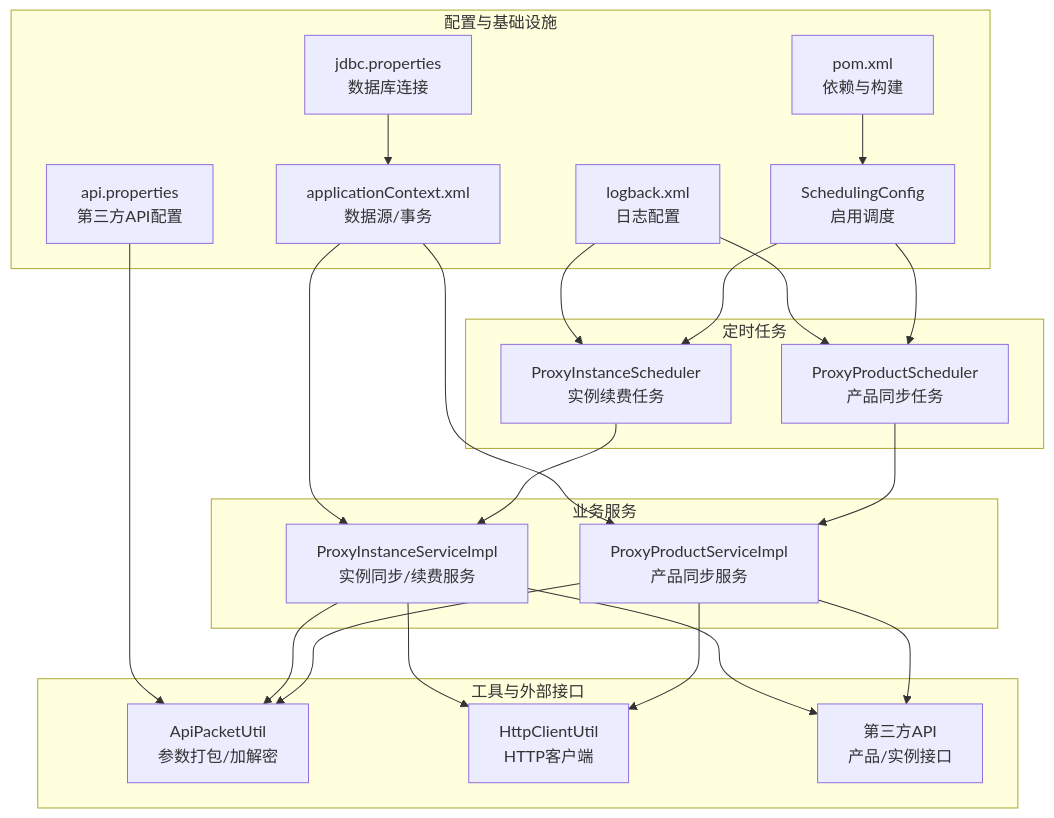
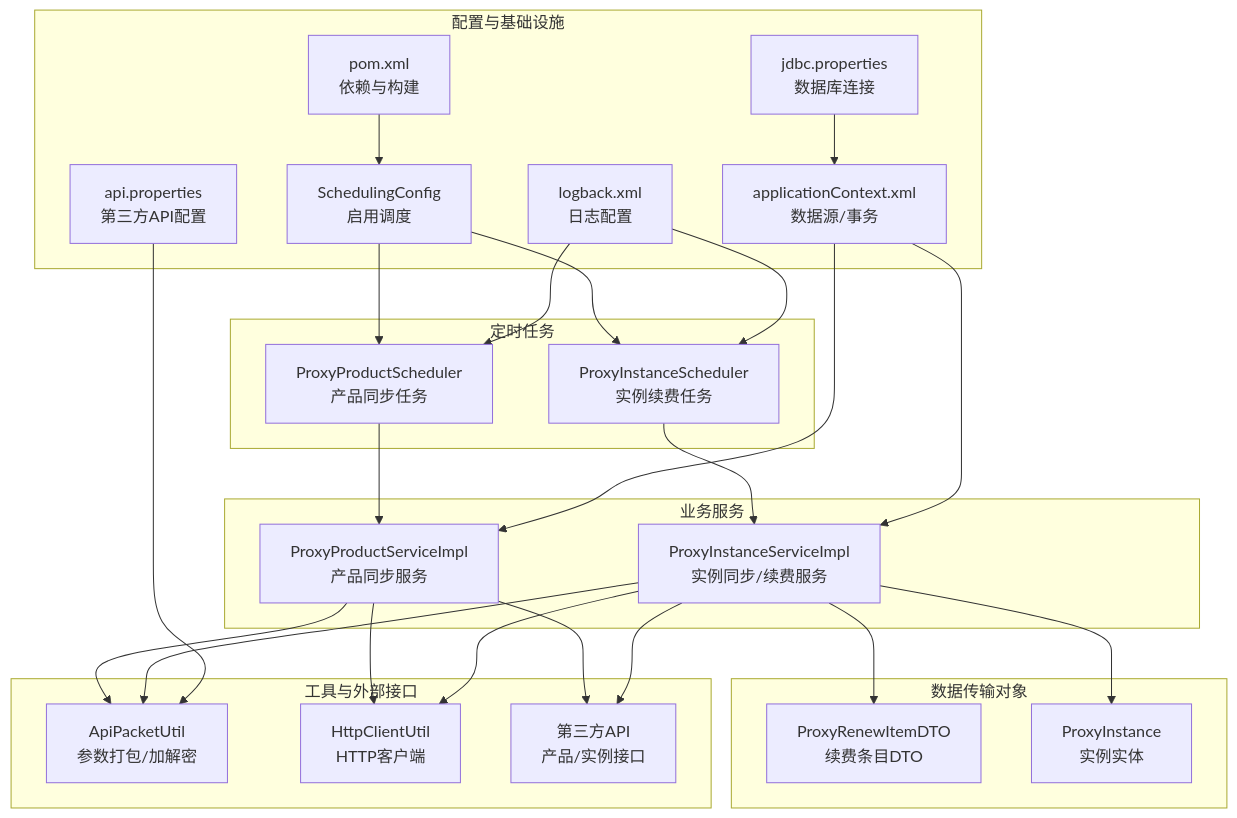
Before and after one commit to liaowenxiong/link-fast: the first of 6 diagrams in .qoder/repowiki/zh/content/业务逻辑实现/定时任务实现.md, drawn with Mermaid. The commit also changed other lines of this file and 9 other files, not shown here.

````diff
--- a/.qoder/repowiki/zh/content/业务逻辑实现/定时任务实现.md
+++ b/.qoder/repowiki/zh/content/业务逻辑实现/定时任务实现.md
@@ -43,41 +44,47 @@
 ```mermaid
 graph TB
 subgraph "配置与基础设施"
 SC["SchedulingConfig<br/>启用调度"]
 AC["applicationContext.xml<br/>数据源/事务"]
 LOG["logback.xml<br/>日志配置"]
 JP["jdbc.properties<br/>数据库连接"]
 AP["api.properties<br/>第三方API配置"]
 PM["pom.xml<br/>依赖与构建"]
 end
 subgraph "定时任务"
 PS["ProxyProductScheduler<br/>产品同步任务"]
 IS["ProxyInstanceScheduler<br/>实例续费任务"]
 end
 subgraph "业务服务"
 PPS["ProxyProductServiceImpl<br/>产品同步服务"]
 PIS["ProxyInstanceServiceImpl<br/>实例同步/续费服务"]
 end
+subgraph "数据传输对象"
+PRI["ProxyRenewItemDTO<br/>续费条目DTO"]
+PE["ProxyInstance<br/>实例实体"]
+end
 subgraph "工具与外部接口"
 API["ApiPacketUtil<br/>参数打包/加解密"]
 HC["HttpClientUtil<br/>HTTP客户端"]
 EXT["第三方API<br/>产品/实例接口"]
 end
 SC --> PS
 SC --> IS
 PS --> PPS
 IS --> PIS
+PIS --> PRI
+PIS --> PE
 PPS --> API
 PPS --> HC
 PIS --> API
 PIS --> HC
 PPS --> EXT
 PIS --> EXT
 AC --> PPS
 AC --> PIS
 LOG --> PS
 LOG --> IS
 AP --> API
 JP --> AC
 PM --> SC
 ```
````
